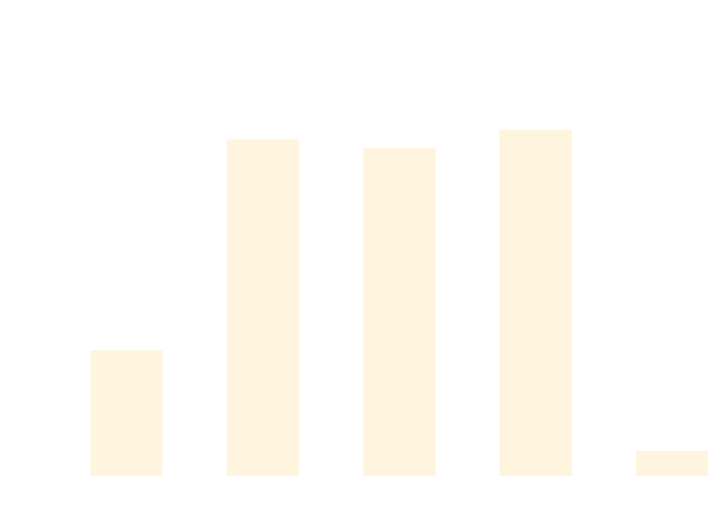
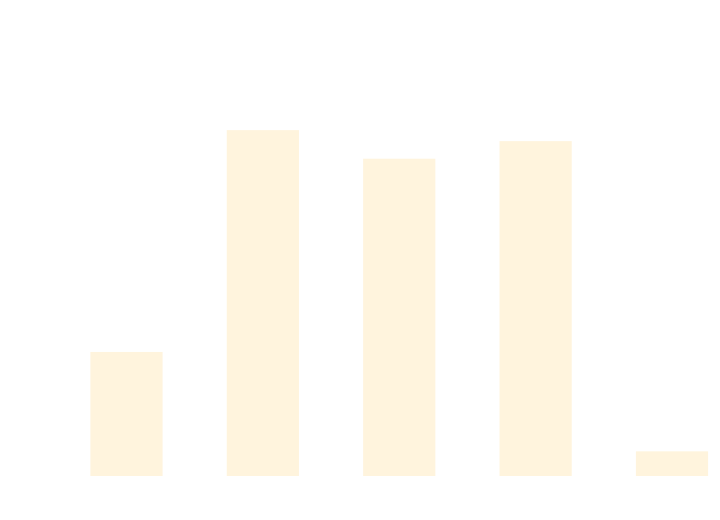
Before and after one commit to thomhurst/TUnit: the diagram in docs/docs/benchmarks/MatrixTests.md, drawn with Mermaid. The commit also changed other lines of this file and 17 other files, not shown here.

````diff
--- a/docs/docs/benchmarks/MatrixTests.md
+++ b/docs/docs/benchmarks/MatrixTests.md
@@ -27,37 +27,37 @@
 ```mermaid
 %%{init: {
   'theme':'base',
   'themeVariables': {
     'primaryColor': '#2563eb',
     'primaryTextColor': '#ffffff',
     'primaryBorderColor': '#1e40af',
     'lineColor': '#6b7280',
     'secondaryColor': '#7c3aed',
     'tertiaryColor': '#dc2626',
     'background': '#ffffff',
     'mainBkg': '#2563eb',
     'secondBkg': '#7c3aed',
     'tertiaryBkg': '#dc2626',
     'clusterBkg': '#f3f4f6',
     'edgeLabelBackground': '#ffffff',
     'tertiaryTextColor': '#1f2937',
     'pie1': '#2563eb',
     'pie2': '#7c3aed',
     'pie3': '#dc2626',
     'pie4': '#f59e0b',
     'pie5': '#10b981',
     'pie6': '#06b6d4',
     'pie7': '#ec4899',
     'pie8': '#6366f1',
     'pie9': '#84cc16',
     'pie10': '#f97316',
     'pie11': '#14b8a6',
     'pie12': '#a855f7'
   }
 }}%%
 xychart-beta
   title "MatrixTests Performance Comparison"
   x-axis ["TUnit", "NUnit", "MSTest", "xUnit3", "TUnit_AOT"]
-  y-axis "Time (ms)" 0 --> 1943
-  bar [562.41, 1574.15, 1534.37, 1618.66, 80]
+  y-axis "Time (ms)" 0 --> 2007
+  bar [572.59, 1671.9, 1530.26, 1617.37, 80.09]
 ```
````
